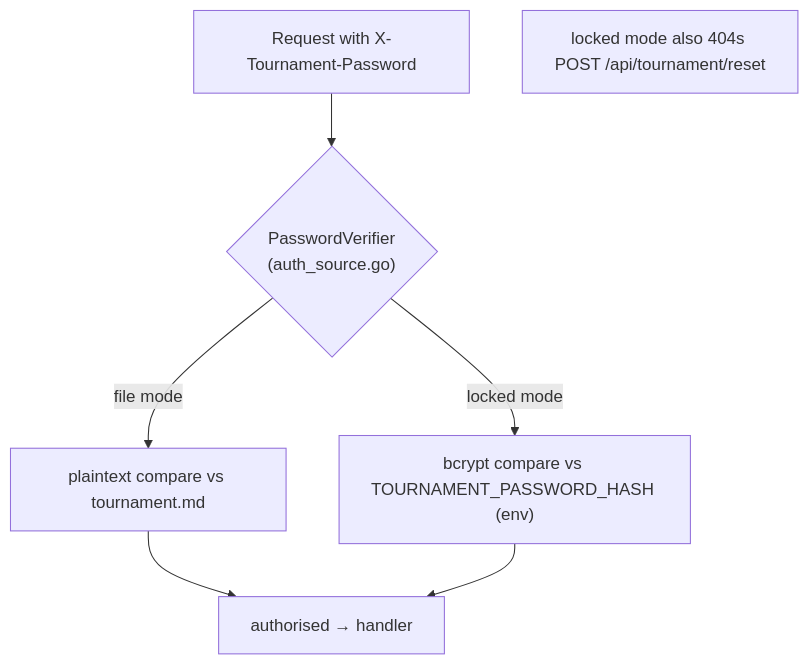
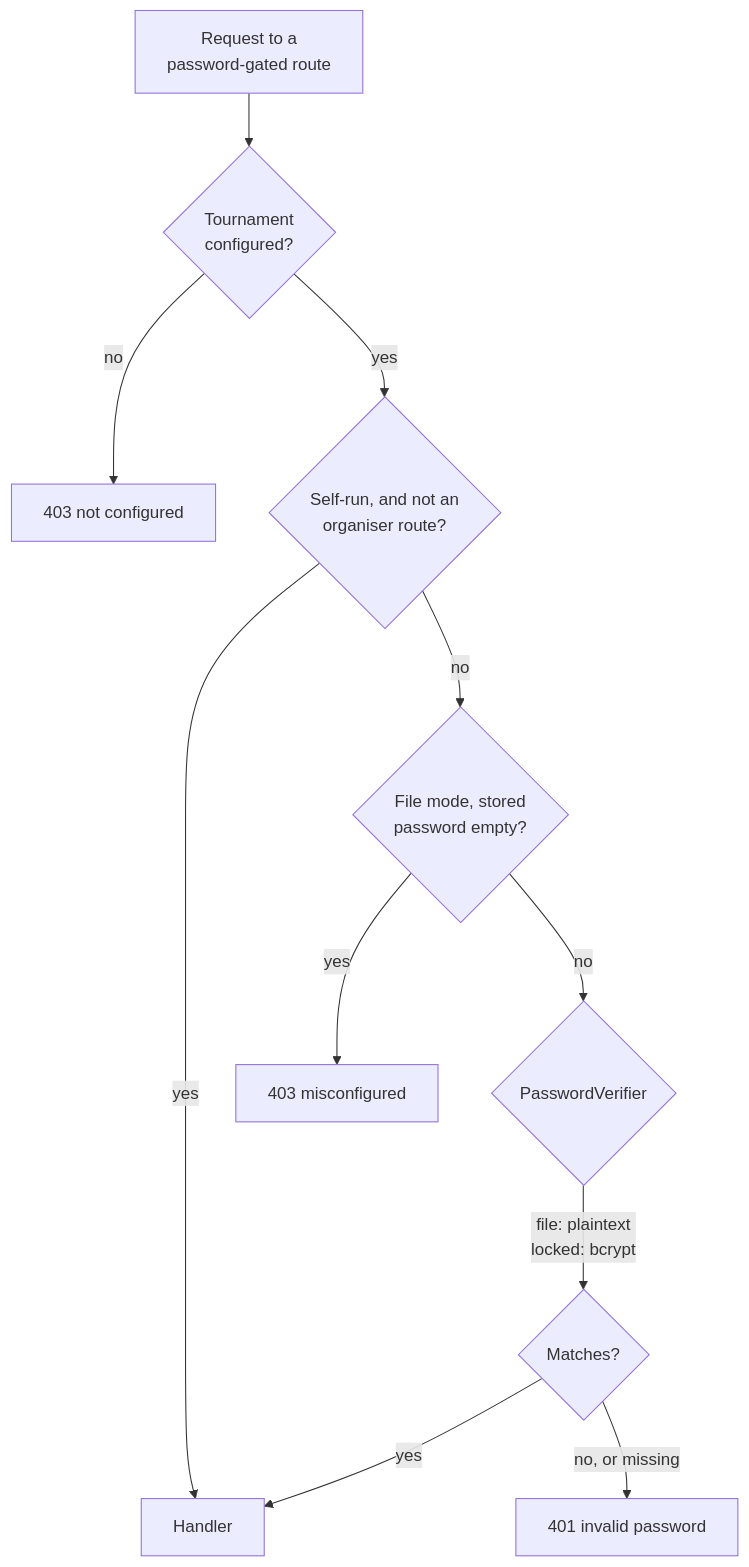
One commit to gitrgoliveira/bracket-creator changed the ninth of 9 diagrams in docs/architecture/network-architecture.md. Above: the diagram before and after it, drawn with Mermaid. The commit also changed other lines of this file and 49 other files, not shown here.

First line of the commit message:
fix(bc-arch): one transaction for participant edits; WAL stale-log guard; architecture docs

````diff
--- a/docs/architecture/network-architecture.md
+++ b/docs/architecture/network-architecture.md
@@ -280,9 +388,13 @@
 ```mermaid
-flowchart TD
-    req["Request with X-Tournament-Password"] --> verifier{"PasswordVerifier<br/>(auth_source.go)"}
-    verifier -->|file mode| md["plaintext compare vs tournament.md"]
-    verifier -->|locked mode| bcrypt["bcrypt compare vs TOURNAMENT_PASSWORD_HASH (env)"]
-    md --> ok["authorised → handler"]
-    bcrypt --> ok
-    note["locked mode also 404s POST /api/tournament/reset"]
+flowchart TB
+    req["Request to a<br/>password-gated route"] --> conf{"Tournament<br/>configured?"}
+    conf -->|no| f403a["403 not configured"]
+    conf -->|yes| selfrun{"Self-run, and not an<br/>organiser route?"}
+    selfrun -->|yes| ok["Handler"]
+    selfrun -->|no| empty{"File mode, stored<br/>password empty?"}
+    empty -->|yes| f403b["403 misconfigured"]
+    empty -->|no| verifier{"PasswordVerifier"}
+    verifier -->|"file: plaintext<br/>locked: bcrypt"| match{"Matches?"}
+    match -->|yes| ok
+    match -->|"no, or missing"| f401["401 invalid password"]
 ```
````
